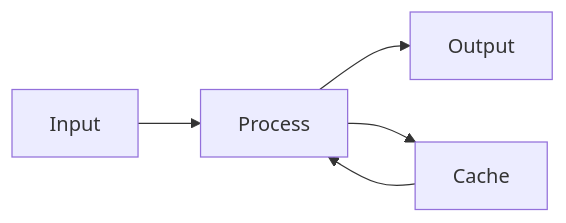
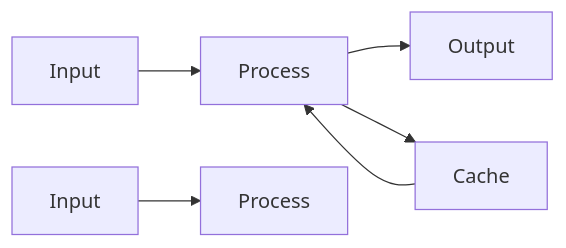
The diagram in README.md (espsomo/ESPsomo), drawn with Mermaid before and after one commit.

````diff
--- a/README.md
+++ b/README.md
@@ -65,7 +65,8 @@
 ```mermaid
 graph LR
     A[Input] --> B[Process]
     B --> C[Output]
     B --> D[Cache]
     D --> B
+    F[Input] --> G[Process]
 ```
````
